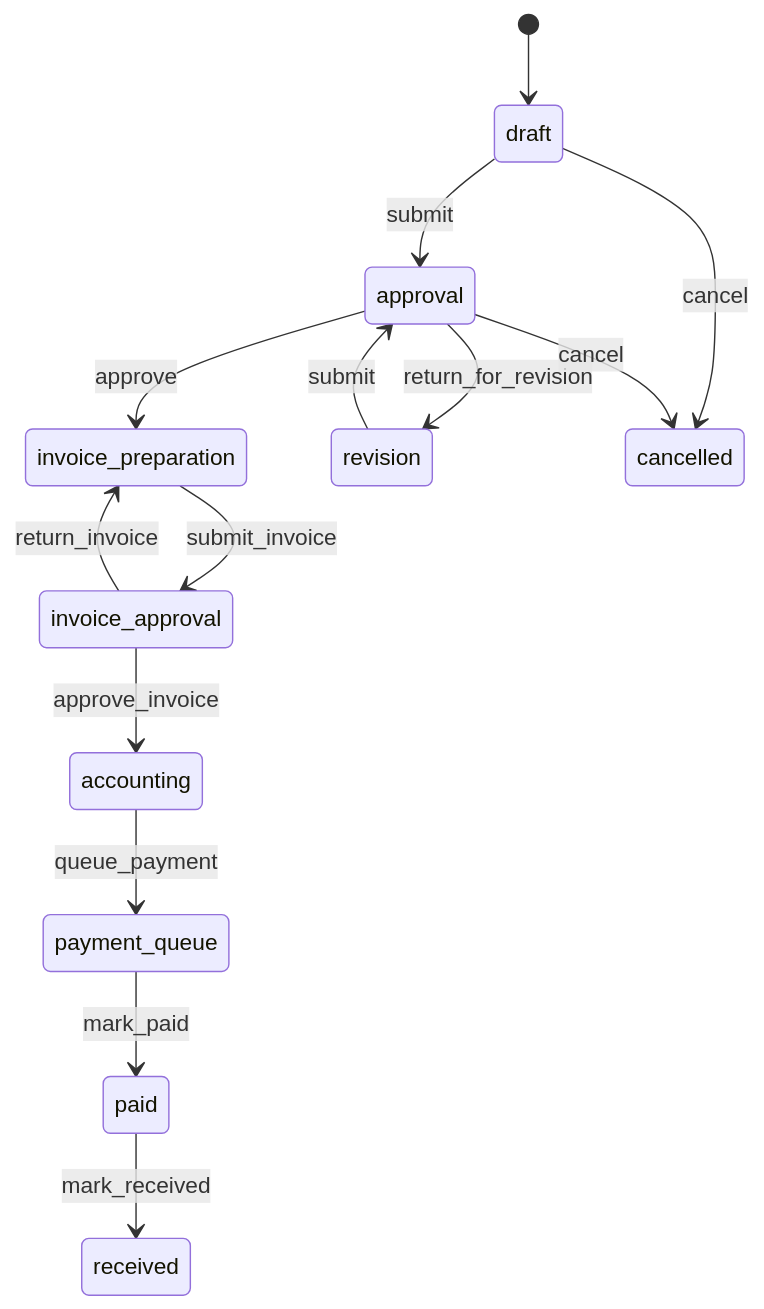
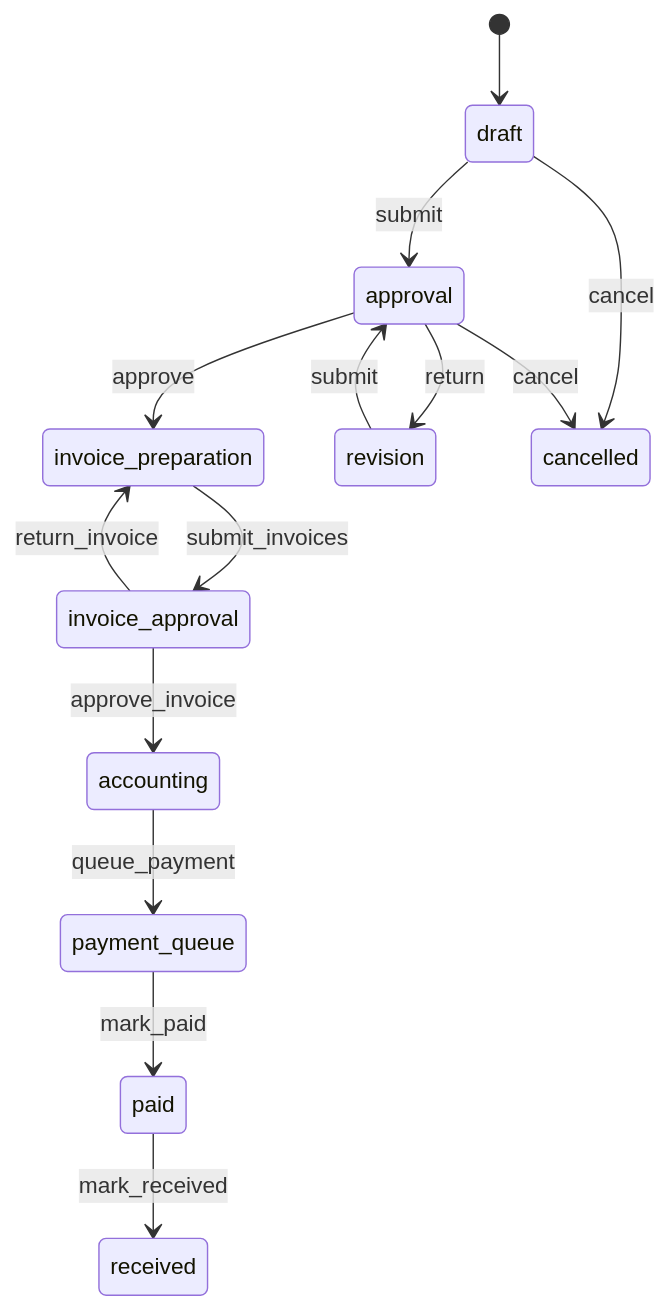
The diagram in docs/purchase_requests/purchase_requests_module.md (dimnok/projectgt), drawn with Mermaid before and after one commit. The commit also changed other lines of this file and 10 other files, not shown here.

````diff
--- a/docs/purchase_requests/purchase_requests_module.md
+++ b/docs/purchase_requests/purchase_requests_module.md
@@ -408,16 +490,16 @@
 ```mermaid
 stateDiagram-v2
     [*] --> draft
     draft --> approval: submit
     approval --> invoice_preparation: approve
-    approval --> revision: return_for_revision
+    approval --> revision: return
     revision --> approval: submit
-    invoice_preparation --> invoice_approval: submit_invoice
+    invoice_preparation --> invoice_approval: submit_invoices
     invoice_approval --> accounting: approve_invoice
     invoice_approval --> invoice_preparation: return_invoice
     accounting --> payment_queue: queue_payment
     payment_queue --> paid: mark_paid
     paid --> received: mark_received
     draft --> cancelled: cancel
     approval --> cancelled: cancel
 ```
````
